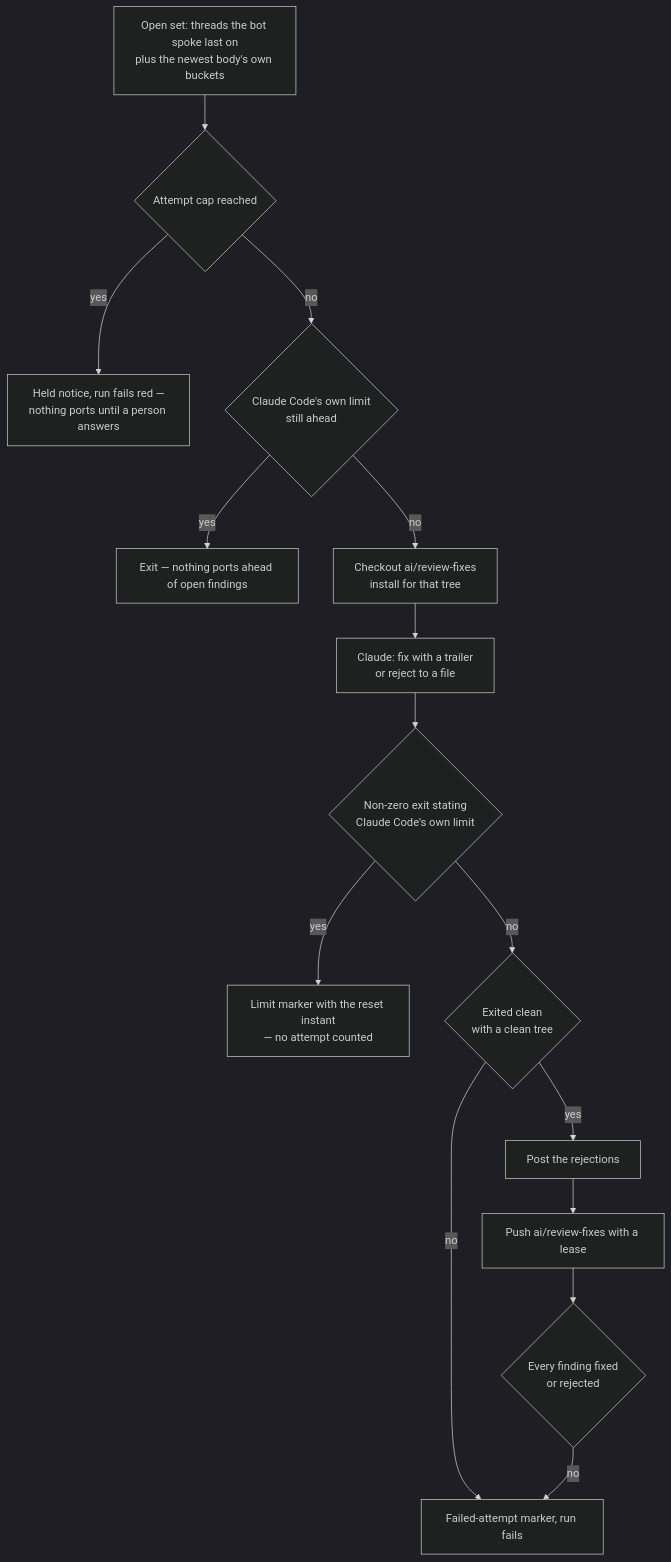
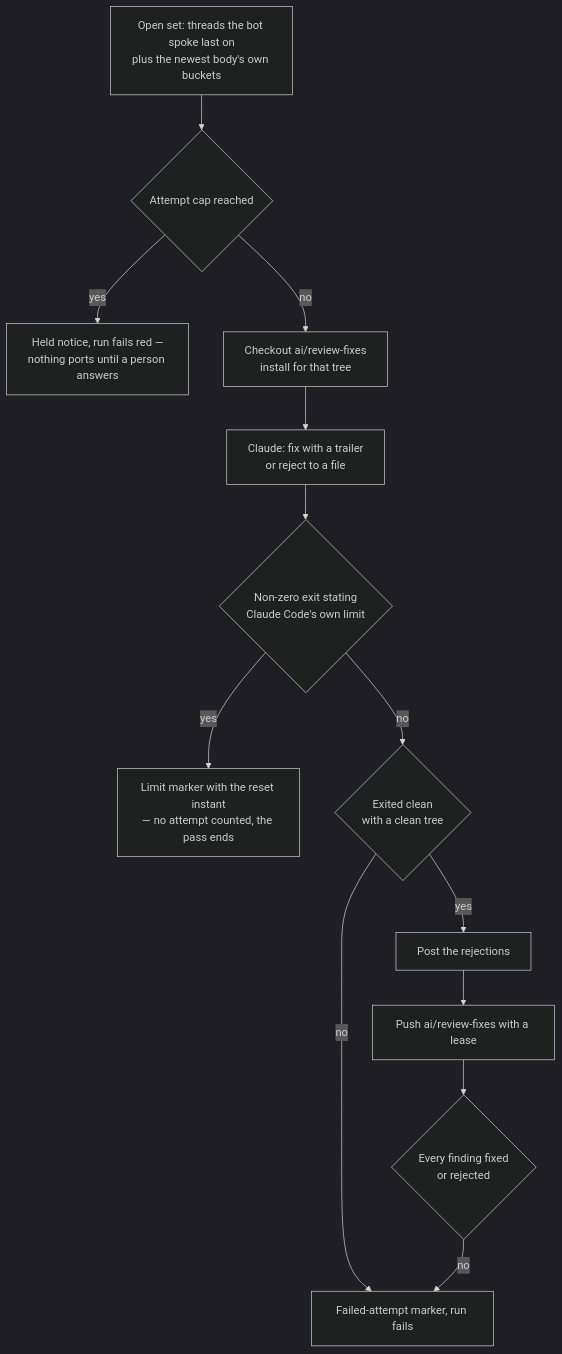
The diagram in apps/web/content/docs/infra/review-collector/drain.md (Esposter/Esposter), drawn with Mermaid (dark theme) before and after one commit. The commit also changed other lines of this file and 20 other files, not shown here.

First line of the commit message:
fix(scripts): the collector holds the merge and the port while Claude Code is out of session

````diff
--- a/apps/web/content/docs/infra/review-collector/drain.md
+++ b/apps/web/content/docs/infra/review-collector/drain.md
@@ -10,16 +10,14 @@
 ```mermaid
 flowchart TD
   O[Open set: threads the bot spoke last on<br/>plus the newest body's own buckets] --> Q{Attempt cap reached}
   Q -->|yes| P[Held notice, run fails red —<br/>nothing ports until a person answers]
-  Q -->|no| L{Claude Code's own limit<br/>still ahead}
-  L -->|yes| X[Exit — nothing ports ahead of open findings]
-  L -->|no| B[Checkout ai/review-fixes<br/>install for that tree]
+  Q -->|no| B[Checkout ai/review-fixes<br/>install for that tree]
   B --> C[Claude: fix with a trailer<br/>or reject to a file]
   C --> R{Non-zero exit stating<br/>Claude Code's own limit}
-  R -->|yes| M[Limit marker with the reset instant<br/>— no attempt counted]
+  R -->|yes| M[Limit marker with the reset instant<br/>— no attempt counted, the pass ends]
   R -->|no| E{Exited clean<br/>with a clean tree}
   E -->|no| F[Failed-attempt marker, run fails]
   E -->|yes| V[Post the rejections] --> PU[Push ai/review-fixes with a lease]
   PU --> U{Every finding fixed<br/>or rejected}
   U -->|no| F
 ```
````
